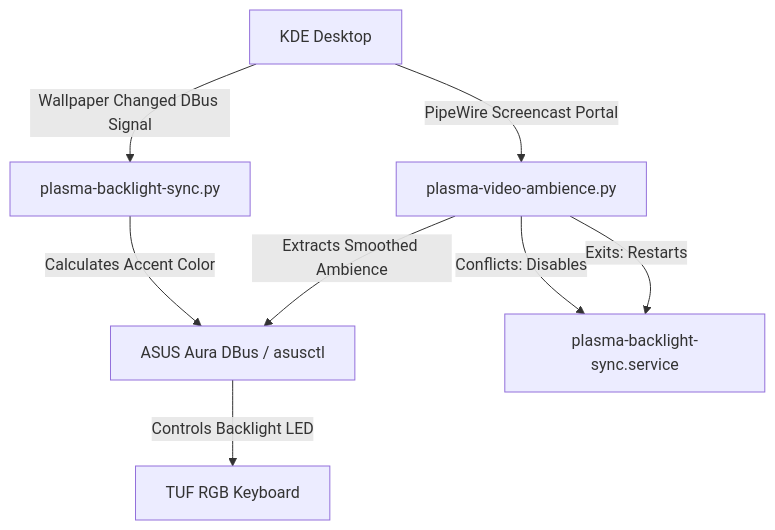
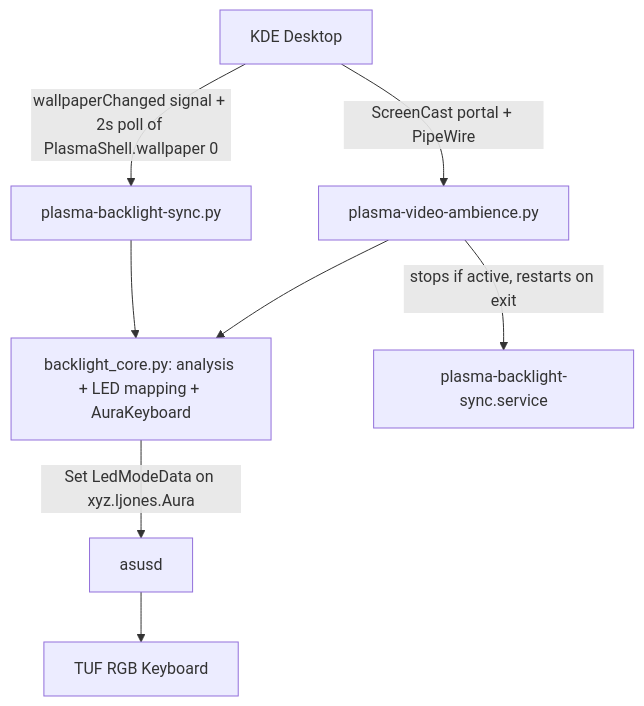
The diagram in .agents/project_map.md (Meoclavez/plasma-backlight-control), drawn with Mermaid before and after one commit. The commit also changed other lines of this file and 8 other files, not shown here.

````diff
--- a/.agents/project_map.md
+++ b/.agents/project_map.md
@@ -8,13 +10,10 @@
 ```mermaid
 graph TD
-    A[KDE Desktop] -->|Wallpaper Changed DBus Signal| B[plasma-backlight-sync.py]
-    A -->|PipeWire Screencast Portal| C[plasma-video-ambience.py]
-    
-    B -->|Calculates Accent Color| D[ASUS Aura DBus / asusctl]
-    C -->|Extracts Smoothed Ambience| D
-    
-    D -->|Controls Backlight LED| E[TUF RGB Keyboard]
-    
-    C -->|Conflicts: Disables| F[plasma-backlight-sync.service]
-    C -->|Exits: Restarts| F
+    A[KDE Desktop] -->|wallpaperChanged signal + 2s poll of PlasmaShell.wallpaper 0| B[plasma-backlight-sync.py]
+    A -->|ScreenCast portal + PipeWire| C[plasma-video-ambience.py]
+    B --> K[backlight_core.py: analysis + LED mapping + AuraKeyboard]
+    C --> K
+    K -->|Set LedModeData on xyz.ljones.Aura| D[asusd]
+    D --> E[TUF RGB Keyboard]
+    C -->|stops if active, restarts on exit| F[plasma-backlight-sync.service]
 ```
````
